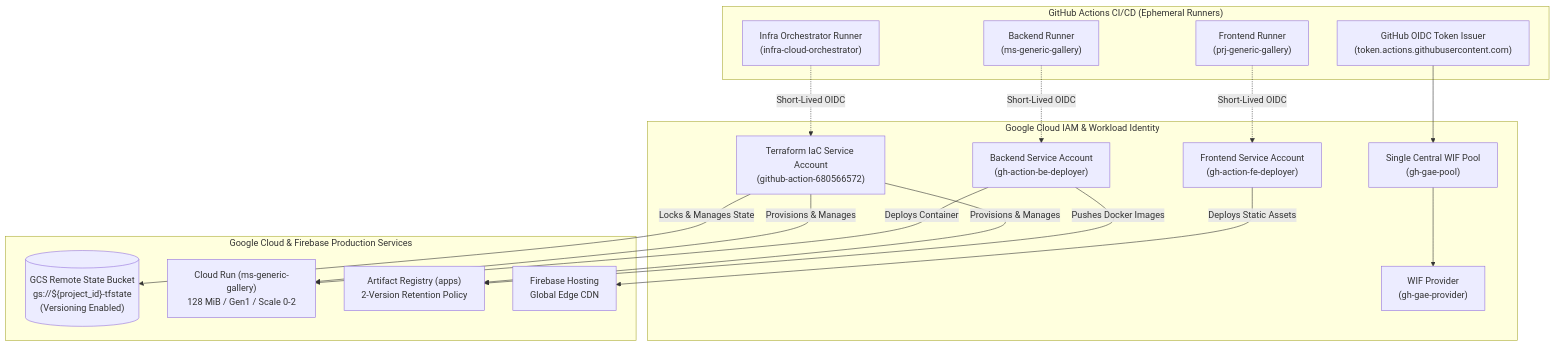
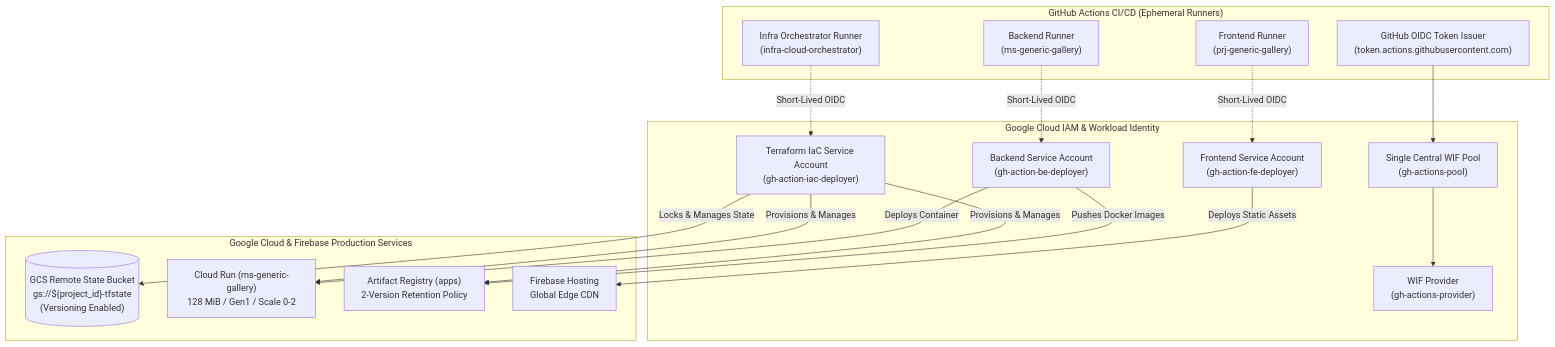
The first of 2 diagrams in README.md (himanshusaraswat/infra-cloud-orchestrator), drawn with Mermaid before and after one commit. The commit also changed other lines of this file, not shown here.

````diff
--- a/README.md
+++ b/README.md
@@ -16,38 +16,38 @@
 ```mermaid
 flowchart TD
     subgraph GitHub["GitHub Actions CI/CD (Ephemeral Runners)"]
         OIDC["GitHub OIDC Token Issuer\n(token.actions.githubusercontent.com)"]
         RUNNER_FE["Frontend Runner\n(prj-generic-gallery)"]
         RUNNER_BE["Backend Runner\n(ms-generic-gallery)"]
         RUNNER_IAC["Infra Orchestrator Runner\n(infra-cloud-orchestrator)"]
     end
 
     subgraph GCP_IAM["Google Cloud IAM & Workload Identity"]
-        WIP["Single Central WIF Pool\n(gh-gae-pool)"]
-        PROVIDER["WIF Provider\n(gh-gae-provider)"]
+        WIP["Single Central WIF Pool\n(gh-actions-pool)"]
+        PROVIDER["WIF Provider\n(gh-actions-provider)"]
         SA_FE["Frontend Service Account\n(gh-action-fe-deployer)"]
         SA_BE["Backend Service Account\n(gh-action-be-deployer)"]
-        SA_TF["Terraform IaC Service Account\n(github-action-680566572)"]
+        SA_TF["Terraform IaC Service Account\n(gh-action-iac-deployer)"]
     end
 
     subgraph GCP_SERVICES["Google Cloud & Firebase Production Services"]
         GCS_STATE[("GCS Remote State Bucket\ngs://${project_id}-tfstate\n(Versioning Enabled)")]
         CR["Cloud Run (ms-generic-gallery)\n128 MiB / Gen1 / Scale 0-2"]
         AR["Artifact Registry (apps)\n2-Version Retention Policy"]
         FB["Firebase Hosting\nGlobal Edge CDN"]
     end
 
     OIDC --> WIP
     WIP --> PROVIDER
 
     RUNNER_FE -.->|Short-Lived OIDC| SA_FE
     RUNNER_BE -.->|Short-Lived OIDC| SA_BE
     RUNNER_IAC -.->|Short-Lived OIDC| SA_TF
 
     SA_FE -->|Deploys Static Assets| FB
     SA_BE -->|Pushes Docker Images| AR
     SA_BE -->|Deploys Container| CR
     SA_TF -->|Locks & Manages State| GCS_STATE
     SA_TF -->|Provisions & Manages| AR
     SA_TF -->|Provisions & Manages| CR
 ```
````
